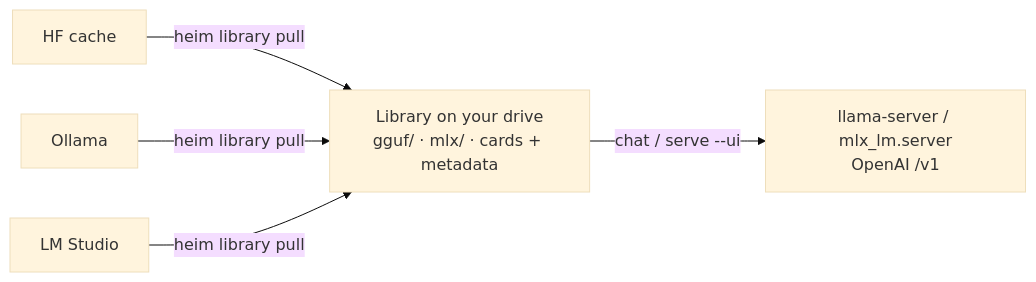
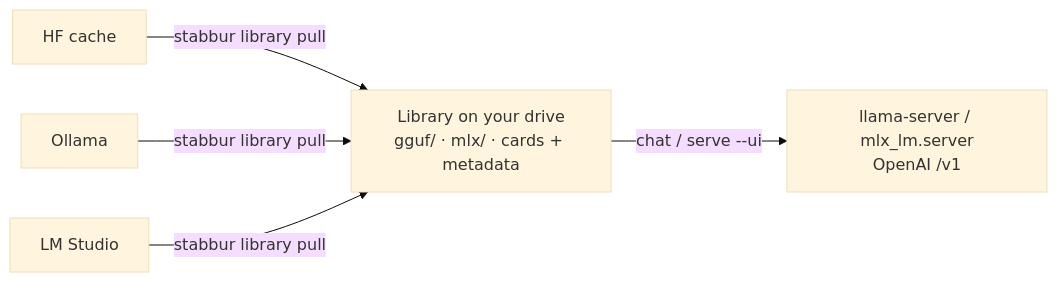
One commit to winterop-com/stabbur changed the diagram in docs/index.md. Above: the diagram before and after it, drawn with Mermaid (base theme). The commit also changed other lines of this file and 63 other files, not shown here.

````diff
--- a/docs/index.md
+++ b/docs/index.md
@@ -10,7 +10,7 @@
 ```mermaid
 flowchart LR
-    hf["HF cache"] -->|heim library pull| lib
-    ol["Ollama"] -->|heim library pull| lib
-    ls["LM Studio"] -->|heim library pull| lib
+    hf["HF cache"] -->|stabbur library pull| lib
+    ol["Ollama"] -->|stabbur library pull| lib
+    ls["LM Studio"] -->|stabbur library pull| lib
     lib["Library on your drive<br/>gguf/ · mlx/ · cards + metadata"] -->|chat / serve --ui| rt["llama-server / mlx_lm.server<br/>OpenAI /v1 "]
 ```
````
